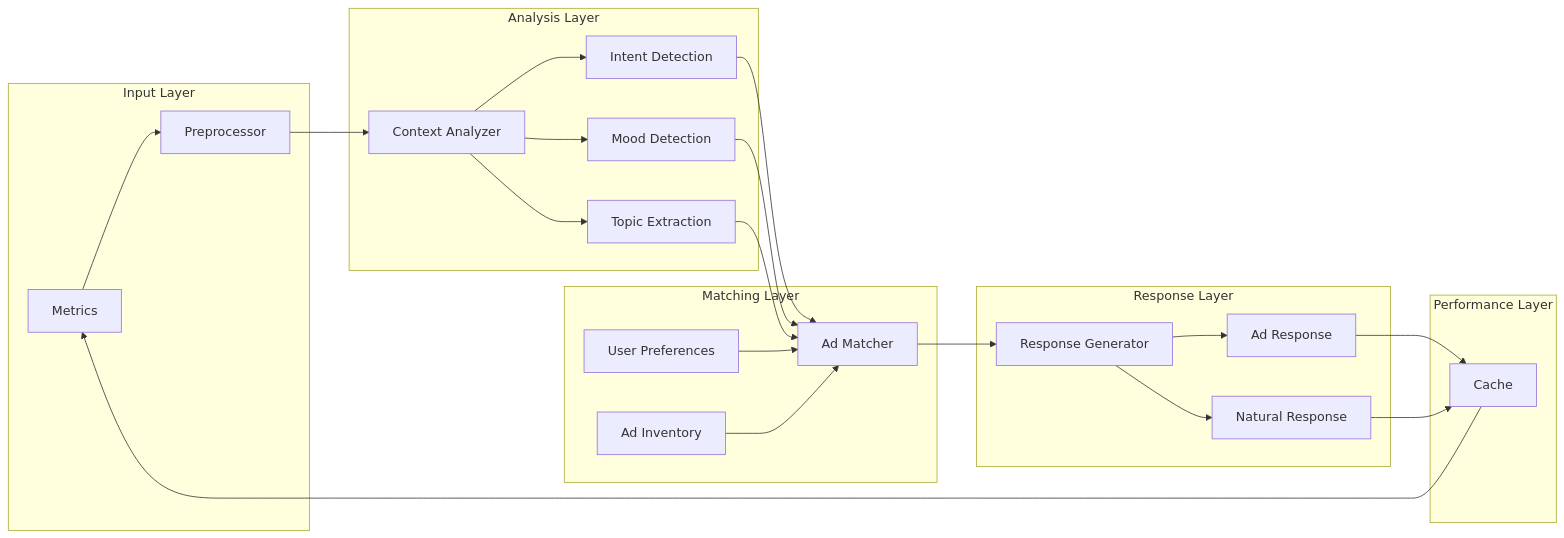
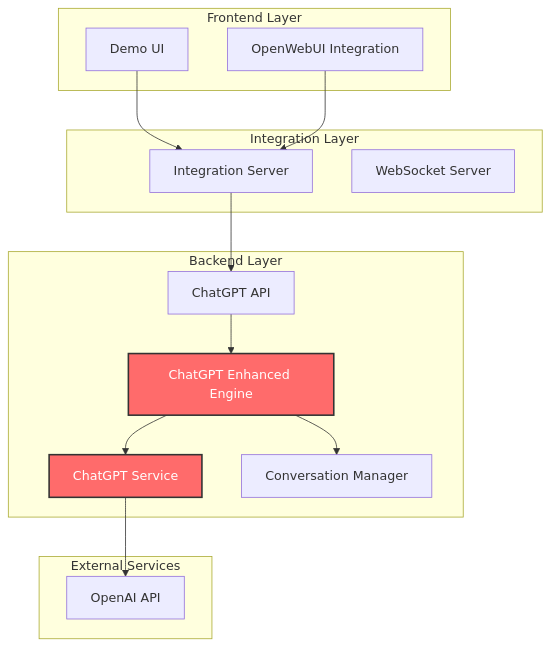
The diagram in README.md (manikamonga/ConversationalAdRelevanceEngine), drawn with Mermaid before and after one commit. The commit also changed other lines of this file, not shown here.

First line of the commit message:
docs: Update README for ChatGPT-only conversational system

````diff
--- a/README.md
+++ b/README.md
@@ -149,33 +35,34 @@
 ```mermaid
-flowchart LR
-    subgraph "Input Layer"
-        M[Message] --> P[Preprocessor]
+graph TB
+    subgraph "Frontend Layer"
+        UI[Demo UI]
+        OWUI[OpenWebUI Integration]
     end
     
-    subgraph "Analysis Layer"
-        P --> CA[Context Analyzer]
-        CA --> ID[Intent Detection]
-        CA --> MD[Mood Detection]
-        CA --> TE[Topic Extraction]
+    subgraph "Integration Layer"
+        IS[Integration Server]
+        WS[WebSocket Server]
     end
     
-    subgraph "Matching Layer"
-        ID --> AM[Ad Matcher]
-        MD --> AM
-        TE --> AM
-        UP[User Preferences] --> AM
-        AI[Ad Inventory] --> AM
+    subgraph "Backend Layer"
+        API[ChatGPT API]
+        CE[ChatGPT Enhanced Engine]
+        CS[ChatGPT Service]
+        CM[Conversation Manager]
     end
     
-    subgraph "Response Layer"
-        AM --> CRG[Response Generator]
-        CRG --> AR[Ad Response]
-        CRG --> NR[Natural Response]
+    subgraph "External Services"
+        OA[OpenAI API]
     end
     
-    subgraph "Performance Layer"
-        AR --> C[Cache]
-        NR --> C
-        C --> M[Metrics]
-    end
+    UI --> IS
+    OWUI --> IS
+    IS --> API
+    API --> CE
+    CE --> CS
+    CS --> OA
+    CE --> CM
+    
+    classDef aiClass fill:#ff6b6b,stroke:#333,stroke-width:2px,color:#fff
+    class CE,CS aiClass
 ```
````
